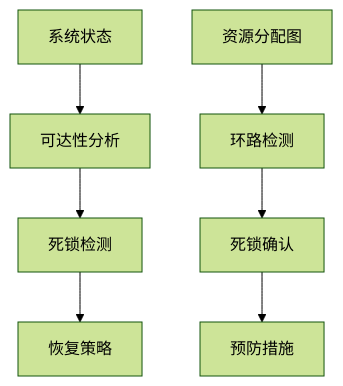
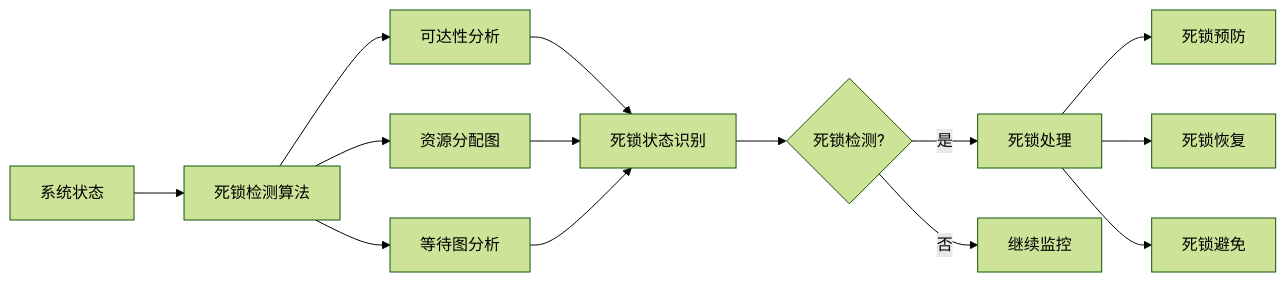
One commit to AdaMartin18010/Lean changed diagram 14 of 18 in analysis/1-形式化理论/1.4-Petri网与分布式系统/1.4.6-图表与多表征.md. Above: the diagram before and after it, drawn with Mermaid (forest theme). The commit also changed other lines of this file and 24 other files, not shown here.

````diff
--- a/analysis/1-形式化理论/1.4-Petri网与分布式系统/1.4.6-图表与多表征.md
+++ b/analysis/1-形式化理论/1.4-Petri网与分布式系统/1.4.6-图表与多表征.md
@@ -152,10 +579,19 @@
 ```mermaid
-graph TD
-  A[系统状态] --> B[可达性分析]
-  B --> C[死锁检测]
-  C --> D[恢复策略]
+graph LR
+  A[系统状态] --> B[死锁检测算法]
+  B --> C[可达性分析]
+  B --> D[资源分配图]
+  B --> E[等待图分析]
   
-  E[资源分配图] --> F[环路检测]
-  F --> G[死锁确认]
-  G --> H[预防措施]
+  C --> F[死锁状态识别]
+  D --> F
+  E --> F
+  
+  F --> G{死锁检测?}
+  G -->|是| H[死锁处理]
+  G -->|否| I[继续监控]
+  
+  H --> J[死锁预防]
+  H --> K[死锁恢复]
+  H --> L[死锁避免]
 ```
````
